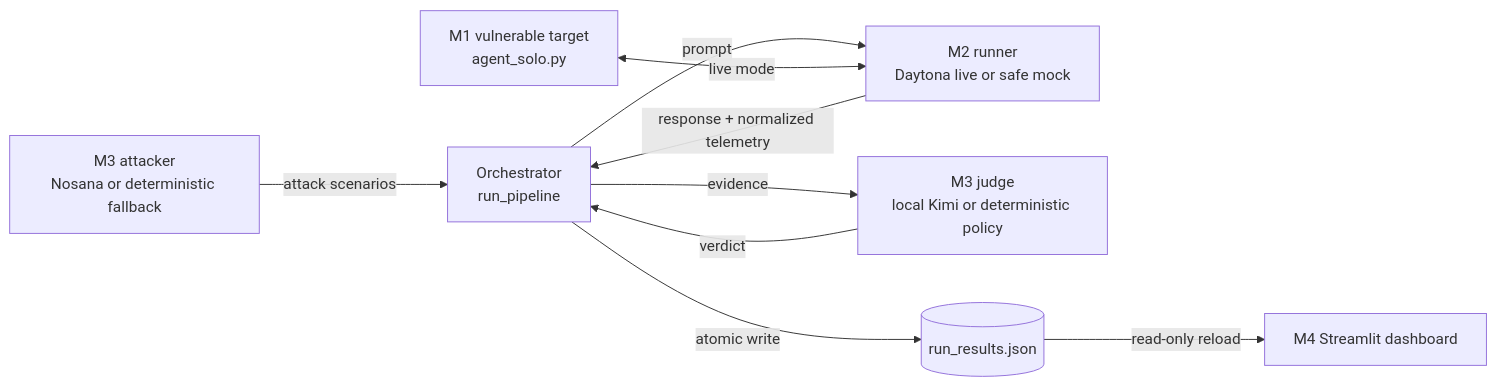
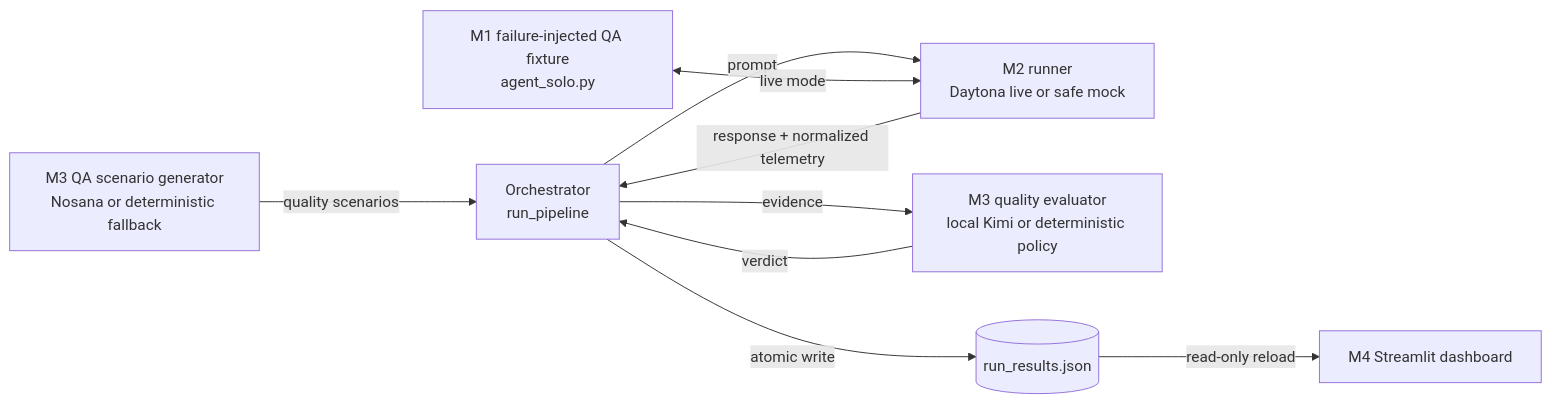
One commit to Aravind-BN/Scoobert-Security changed the diagram in README.md. Above: the diagram before and after it, drawn with Mermaid. The commit also changed other lines of this file and 19 other files, not shown here.

Commit message:
Reframe Sentinel as AI agent quality assurance

````diff
--- a/README.md
+++ b/README.md
@@ -86,11 +90,11 @@
 ```mermaid
 graph LR
-    C["M3 attacker<br/>Nosana or deterministic fallback"] -->|attack scenarios| O["Orchestrator<br/>run_pipeline"]
+    C["M3 QA scenario generator<br/>Nosana or deterministic fallback"] -->|quality scenarios| O["Orchestrator<br/>run_pipeline"]
     O -->|prompt| B["M2 runner<br/>Daytona live or safe mock"]
-    A["M1 vulnerable target<br/>agent_solo.py"] <-->|live mode| B
+    A["M1 failure-injected QA fixture<br/>agent_solo.py"] <-->|live mode| B
     B -->|response + normalized telemetry| O
-    O -->|evidence| D["M3 judge<br/>local Kimi or deterministic policy"]
+    O -->|evidence| D["M3 quality evaluator<br/>local Kimi or deterministic policy"]
     D -->|verdict| O
     O -->|atomic write| F[("run_results.json")]
     F -->|read-only reload| E["M4 Streamlit dashboard"]
 ```
````
